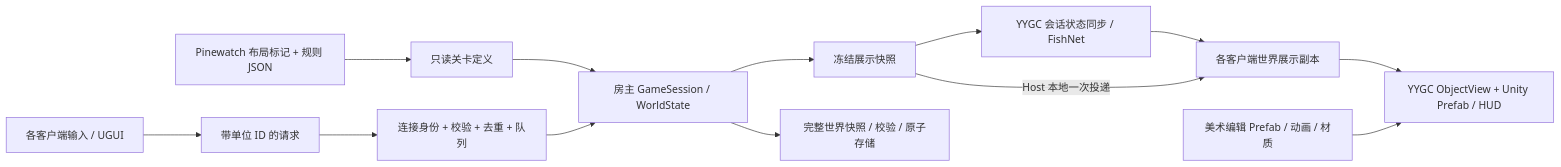
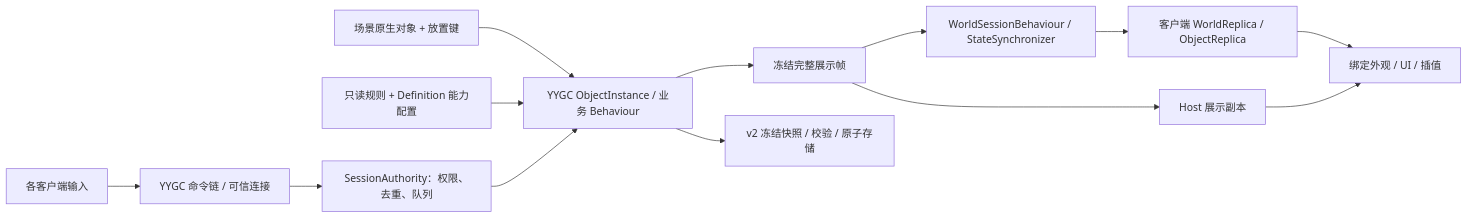
One commit to surgame/dark-night-unity changed the diagram in docs/ARCHITECTURE.md. Above: the diagram before and after it, drawn with Mermaid. The commit also changed other lines of this file and 170 other files, not shown here.

Commit message:
refactor: remove legacy world and migrate regression coverage to YYGC

````diff
--- a/docs/ARCHITECTURE.md
+++ b/docs/ARCHITECTURE.md
@@ -37,15 +28,15 @@
 ```mermaid
 flowchart LR
-    Authoring["Pinewatch 布局标记 + 规则 JSON"] --> Content["只读关卡定义"]
-    Content --> Sim["房主 GameSession / WorldState"]
-    Input["各客户端输入 / UGUI"] --> Intent["带单位 ID 的请求"]
-    Intent --> Gate["连接身份 + 校验 + 去重 + 队列"]
-    Gate --> Sim
-    Sim --> Projection["冻结展示快照"]
-    Projection --> Transport["YYGC 会话状态同步 / FishNet"]
-    Transport --> Replica["各客户端世界展示副本"]
-    Projection -->|Host 本地一次投递| Replica
-    Replica --> Views["YYGC ObjectView + Unity Prefab / HUD"]
-    Prefabs["美术编辑 Prefab / 动画 / 材质"] --> Views
-    Sim --> Save["完整世界快照 / 校验 / 原子存储"]
+    Scene["场景原生对象 + 放置键"] --> Objects["YYGC ObjectInstance / 业务 Behaviour"]
+    Config["只读规则 + Definition 能力配置"] --> Objects
+    Input["各客户端输入"] --> Gate["YYGC 命令链 / 可信连接"]
+    Gate --> Authority["SessionAuthority：权限、去重、队列"]
+    Authority --> Objects
+    Objects --> Projection["冻结完整展示帧"]
+    Projection --> Network["WorldSessionBehaviour / StateSynchronizer"]
+    Network --> Replica["客户端 WorldReplica / ObjectReplica"]
+    Projection --> Host["Host 展示副本"]
+    Replica --> View["绑定外观 / UI / 插值"]
+    Host --> View
+    Objects --> Save["v2 冻结快照 / 校验 / 原子存储"]
 ```
````
